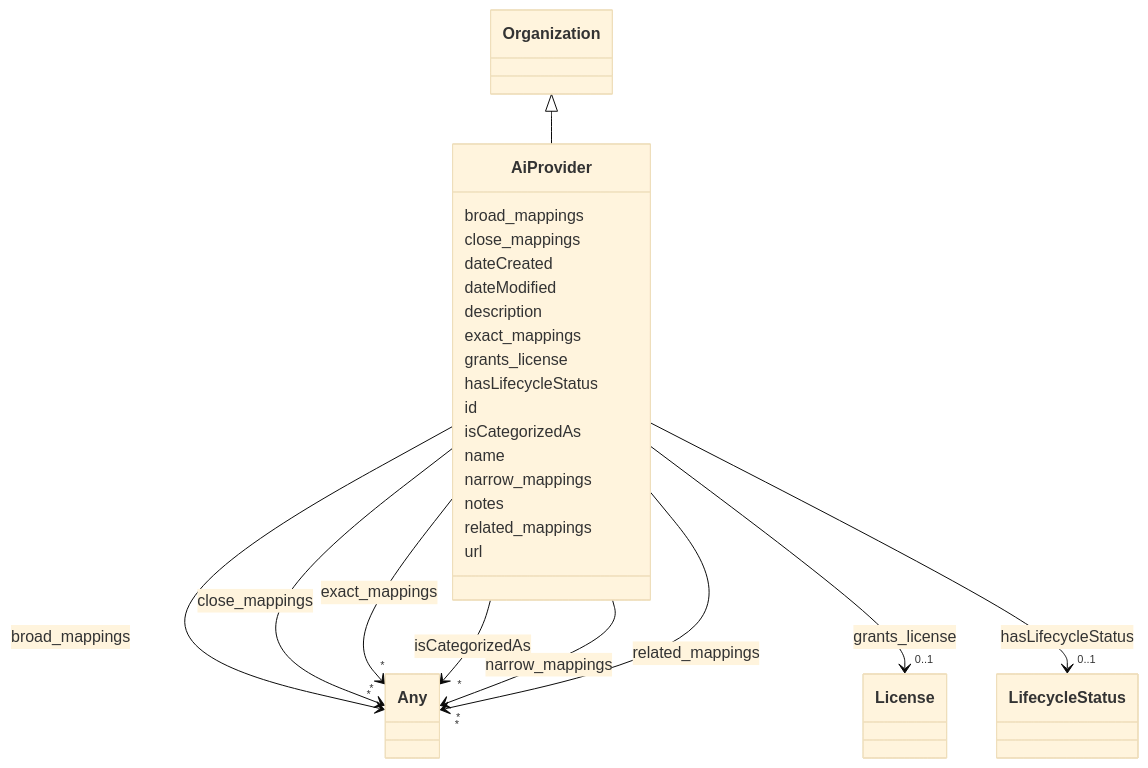
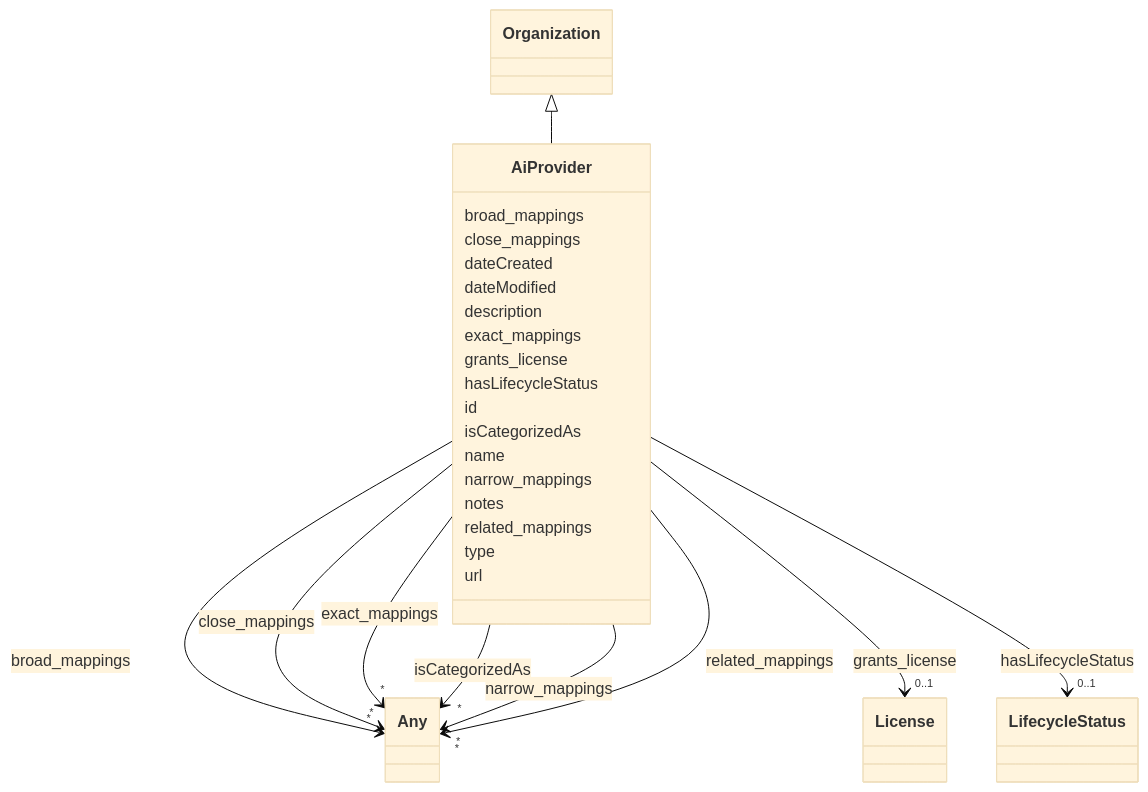
Before and after one commit to IBM/ai-atlas-nexus: the diagram in docs/ontology/AiProvider.md, drawn with Mermaid (base theme). The commit also changed other lines of this file and 153 other files, not shown here.

First line of the commit message:
feat: add schema changes for AI evaluations and and example with AEF-1 framework (#284)

```diff
--- a/docs/ontology/AiProvider.md
+++ b/docs/ontology/AiProvider.md
@@ -118,6 +118,8 @@
 
 
 
+      AiProvider : type
+
       AiProvider : url
 
 
```
